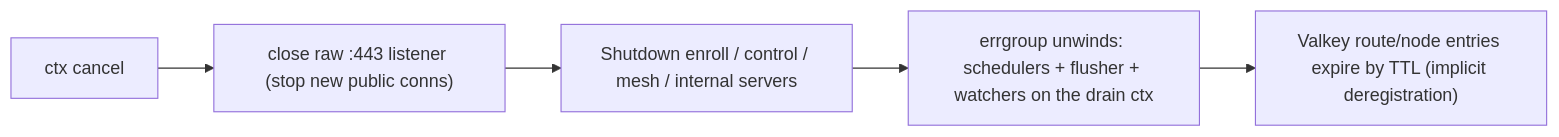
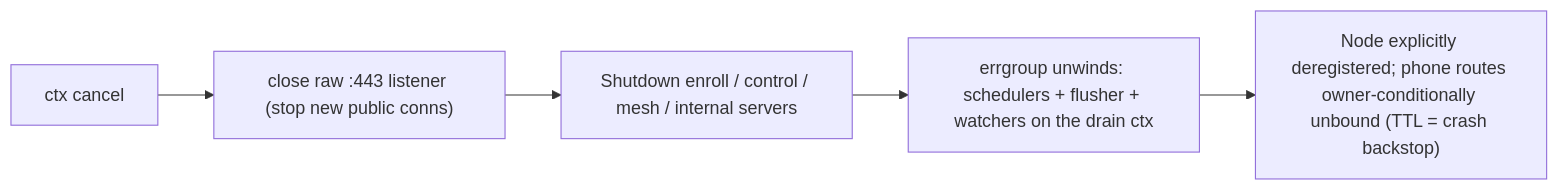
The third of 3 diagrams in docs/ARCHITECTURE.md (danielealbano/android-remote-control-mcp-tunneld), drawn with Mermaid before and after one commit. The commit also changed 6 other files, not shown here.

````diff
--- a/docs/ARCHITECTURE.md
+++ b/docs/ARCHITECTURE.md
@@ -164,7 +164,7 @@
 ```mermaid
 flowchart LR
   cancel["ctx cancel"] --> close["close raw :443 listener (stop new public conns)"]
   close --> drain["Shutdown enroll / control / mesh / internal servers"]
   drain --> group["errgroup unwinds: schedulers + flusher + watchers on the drain ctx"]
-  group --> ttl["Valkey route/node entries expire by TTL (implicit deregistration)"]
+  group --> dereg["Node explicitly deregistered; phone routes owner-conditionally unbound (TTL = crash backstop)"]
 ```
````
